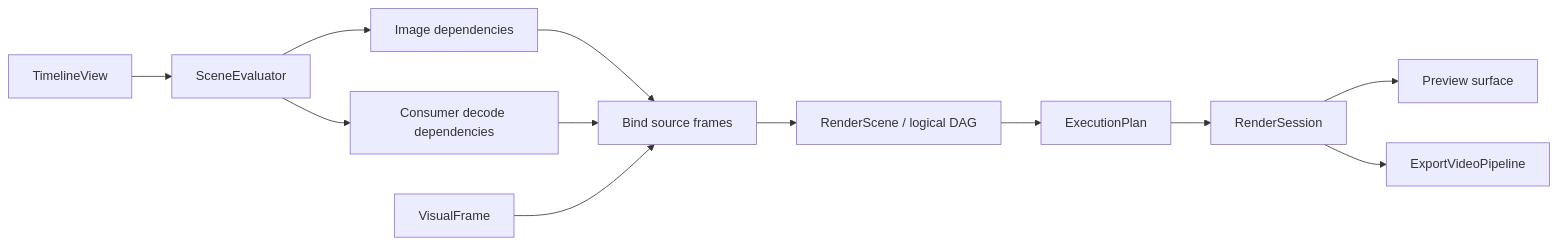
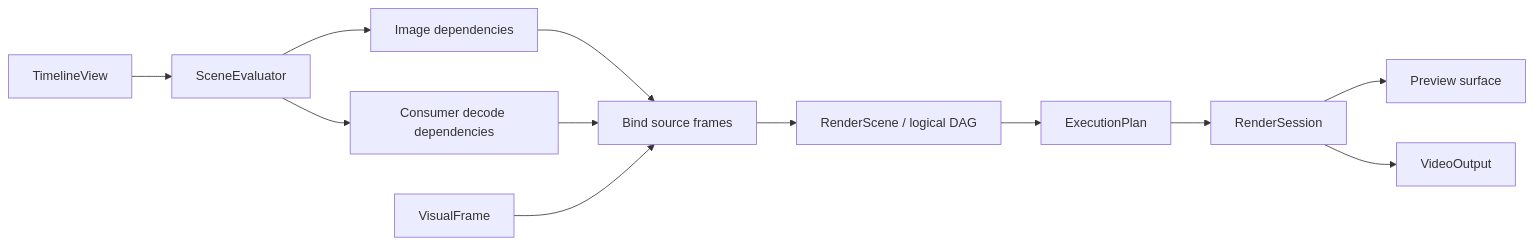
The diagram in docs/architecture/rendering.md (1Step621/zerium), drawn with Mermaid before and after one commit. The commit also changed other lines of this file and 477 other files, not shown here.

````diff
--- a/docs/architecture/rendering.md
+++ b/docs/architecture/rendering.md
@@ -7,14 +7,14 @@
 ```mermaid
 flowchart LR
     Timeline[TimelineView] --> Evaluate[SceneEvaluator]
     Evaluate --> Images[Image dependencies]
     Evaluate --> Demand[Consumer decode dependencies]
     Images --> Bind[Bind source frames]
     Demand --> Bind
     Frames[VisualFrame] --> Bind
     Bind --> Graph[RenderScene / logical DAG]
     Graph --> Plan[ExecutionPlan]
     Plan --> Session[RenderSession]
     Session --> Preview[Preview surface]
-    Session --> Export[ExportVideoPipeline]
+    Session --> Export[VideoOutput]
 ```
````
